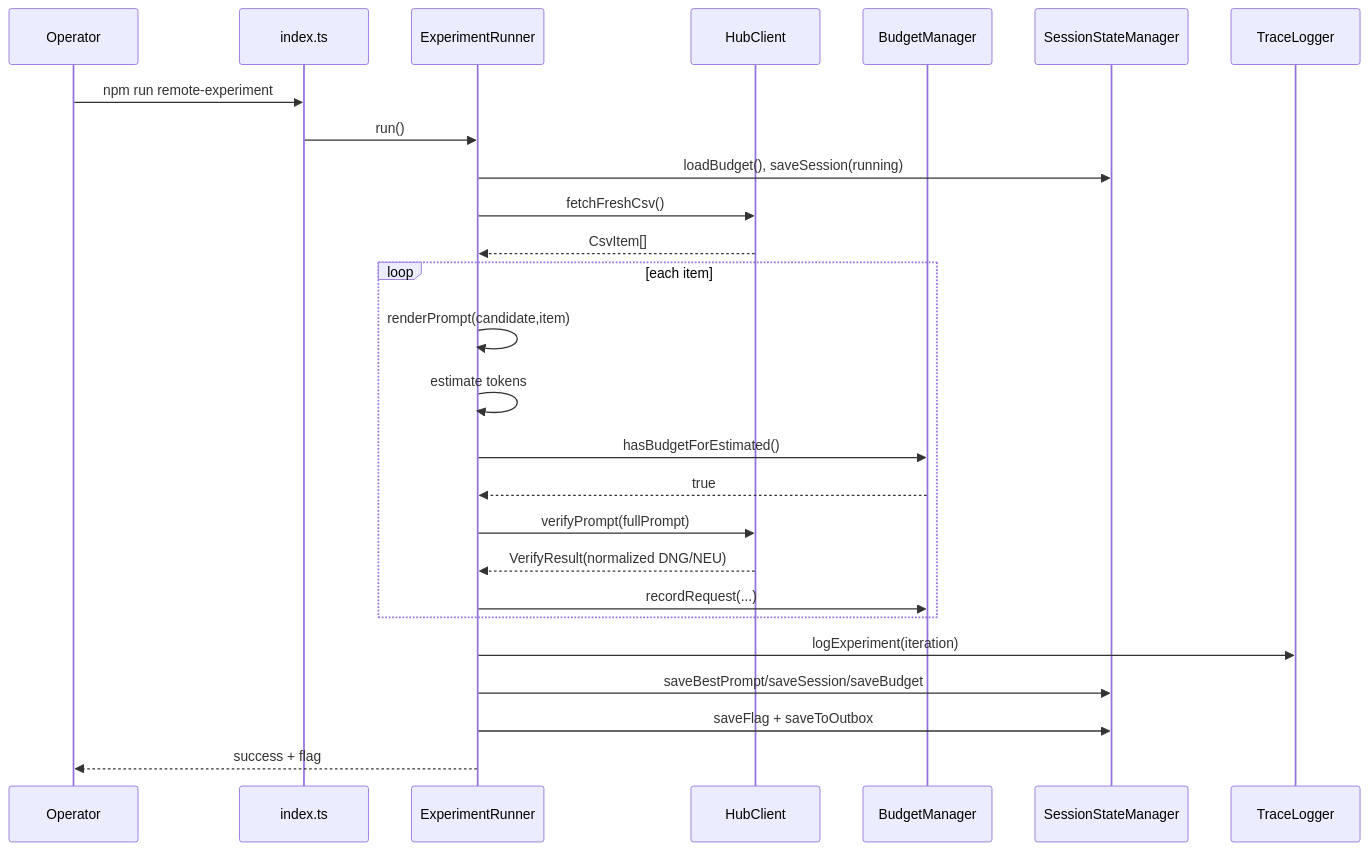
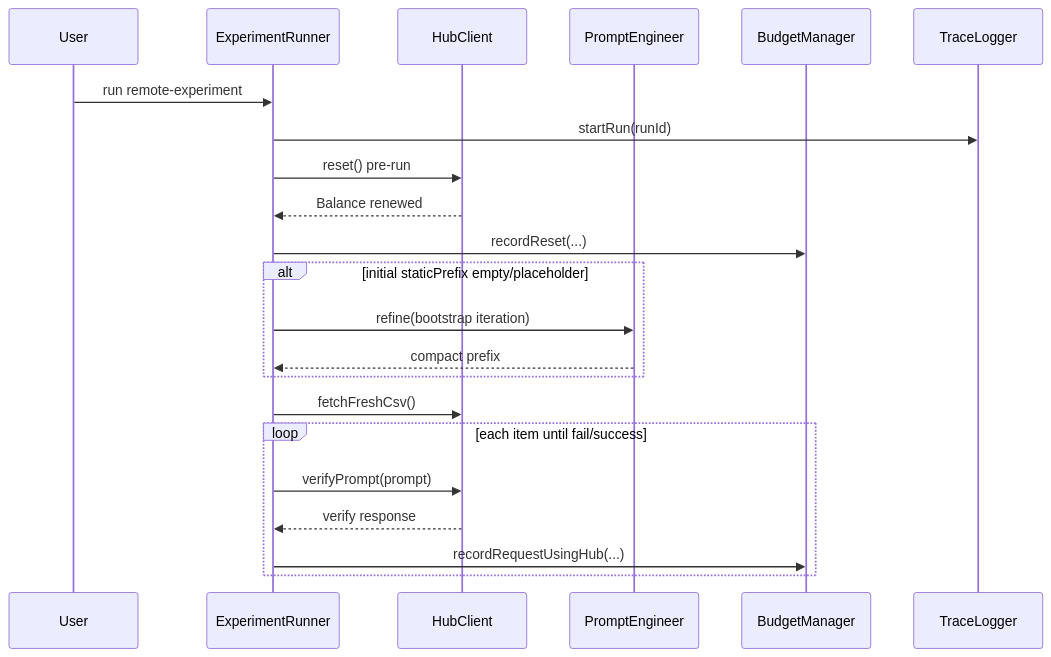
The third of 4 diagrams in 02_01_zadanie/02_01_zadanie_codex_5_3_med.md (rafsaw/4th-devs), drawn with Mermaid before and after one commit. The commit also changed other lines of this file and 9 other files, not shown here.

````diff
--- a/02_01_zadanie/02_01_zadanie_codex_5_3_med.md
+++ b/02_01_zadanie/02_01_zadanie_codex_5_3_med.md
@@ -219,29 +197,25 @@
 ```mermaid
 sequenceDiagram
-    participant U as Operator
-    participant CLI as index.ts
+    participant U as User
     participant R as ExperimentRunner
     participant H as HubClient
+    participant P as PromptEngineer
     participant B as BudgetManager
-    participant S as SessionStateManager
     participant T as TraceLogger
 
-    U->>CLI: npm run remote-experiment
-    CLI->>R: run()
-    R->>S: loadBudget(), saveSession(running)
+    U->>R: run remote-experiment
+    R->>T: startRun(runId)
+    R->>H: reset() pre-run
+    H-->>R: Balance renewed
+    R->>B: recordReset(...)
+    alt initial staticPrefix empty/placeholder
+      R->>P: refine(bootstrap iteration)
+      P-->>R: compact prefix
+    end
     R->>H: fetchFreshCsv()
-    H-->>R: CsvItem[]
-    loop each item
-        R->>R: renderPrompt(candidate,item)
-        R->>R: estimate tokens
-        R->>B: hasBudgetForEstimated()
-        B-->>R: true
-        R->>H: verifyPrompt(fullPrompt)
-        H-->>R: VerifyResult(normalized DNG/NEU)
-        R->>B: recordRequest(...)
+    loop each item until fail/success
+      R->>H: verifyPrompt(prompt)
+      H-->>R: verify response
+      R->>B: recordRequestUsingHub(...)
     end
-    R->>T: logExperiment(iteration)
-    R->>S: saveBestPrompt/saveSession/saveBudget
-    R->>S: saveFlag + saveToOutbox
-    R-->>U: success + flag
 ```
````
